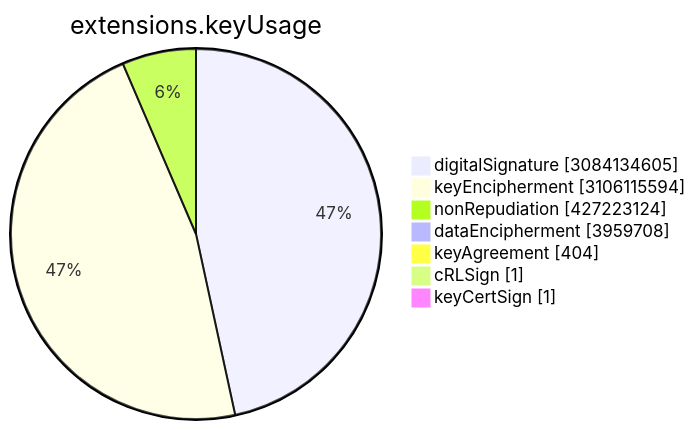
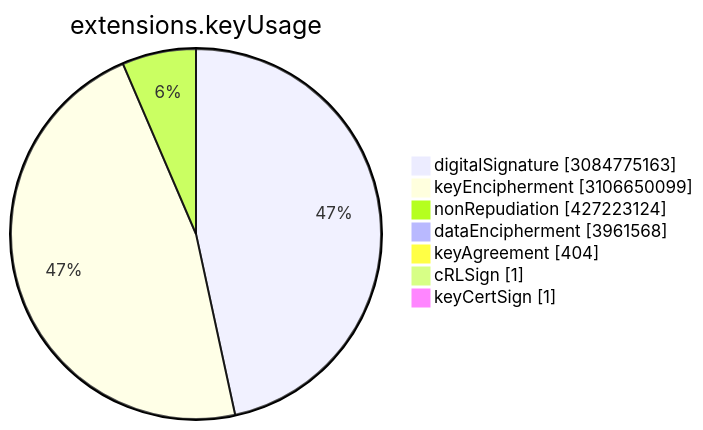
The sixth of 15 diagrams in TOTAL/README.md (christiankrug/ctmonitor_visualization), drawn with Mermaid before and after one commit. The commit also changed other lines of this file, not shown here.

````diff
--- a/TOTAL/README.md
+++ b/TOTAL/README.md
@@ -3077,11 +3077,11 @@
 ```mermaid
 pie showData
 title extensions.keyUsage
-"digitalSignature" :3084134605
-"keyEncipherment" :3106115594
+"digitalSignature" :3084775163
+"keyEncipherment" :3106650099
 "nonRepudiation" :427223124
-"dataEncipherment" :3959708
+"dataEncipherment" :3961568
 "keyAgreement" :404
 "cRLSign" :1
 "keyCertSign" :1
 ```
````
